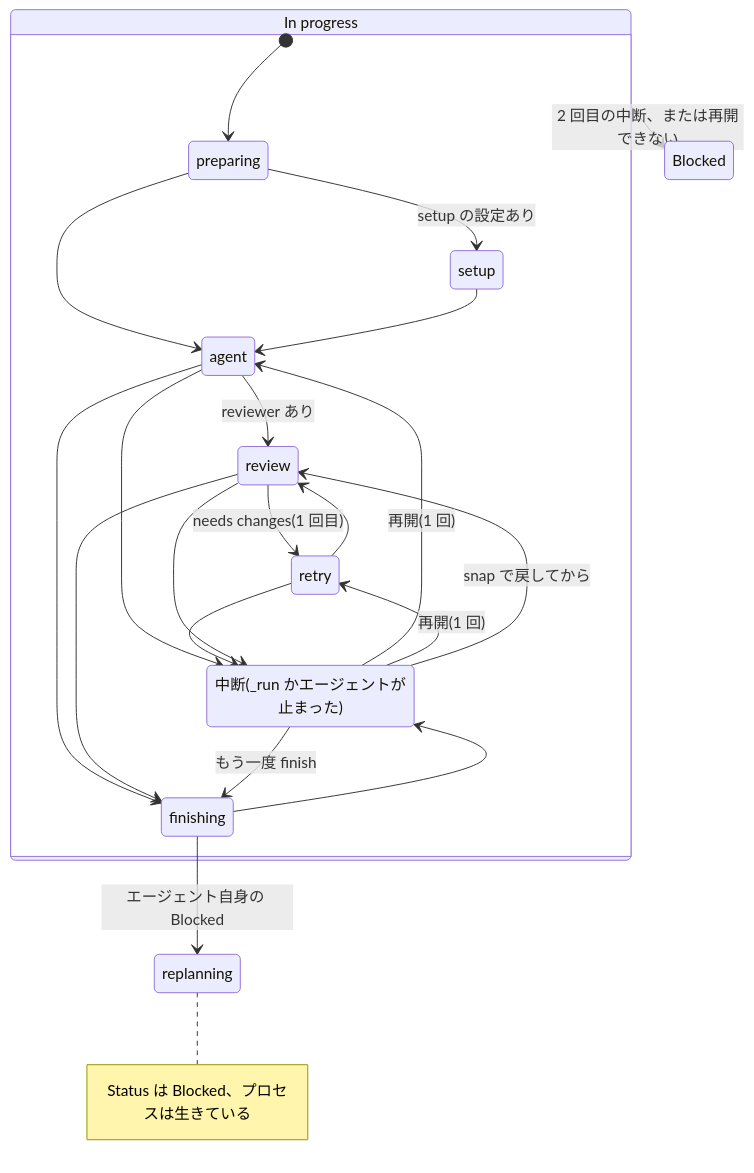
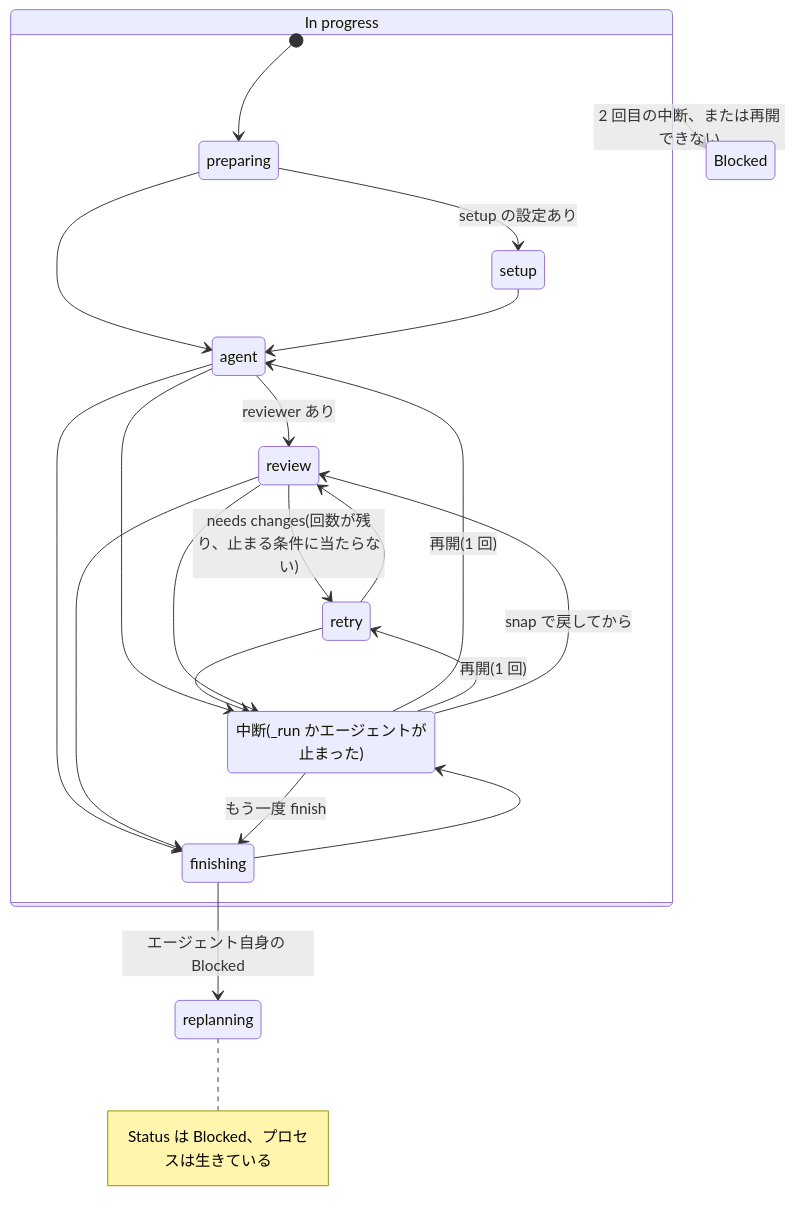
The second of 2 diagrams in docs/design.md (jyoka/task-hub), drawn with Mermaid before and after one commit. The commit also changed other lines of this file and 13 other files, not shown here.

````diff
--- a/docs/design.md
+++ b/docs/design.md
@@ -464,26 +479,26 @@
 ```mermaid
 stateDiagram-v2
     state "In progress" as InProgress {
         [*] --> preparing
         preparing --> setup: setup の設定あり
         preparing --> agent
         setup --> agent
         agent --> review: reviewer あり
         agent --> finishing
-        review --> retry: needs changes(1 回目)
+        review --> retry: needs changes(回数が残り、止まる条件に当たらない)
         retry --> review
         review --> finishing
         state "中断(_run かエージェントが止まった)" as cut
         agent --> cut
         retry --> cut
         review --> cut
         finishing --> cut
         cut --> agent: 再開(1 回)
         cut --> retry: 再開(1 回)
         cut --> review: snap で戻してから
         cut --> finishing: もう一度 finish
     }
     InProgress --> Blocked: 2 回目の中断、または再開できない
     finishing --> replanning: エージェント自身の Blocked
     note right of replanning: Status は Blocked、プロセスは生きている
 ```
````
